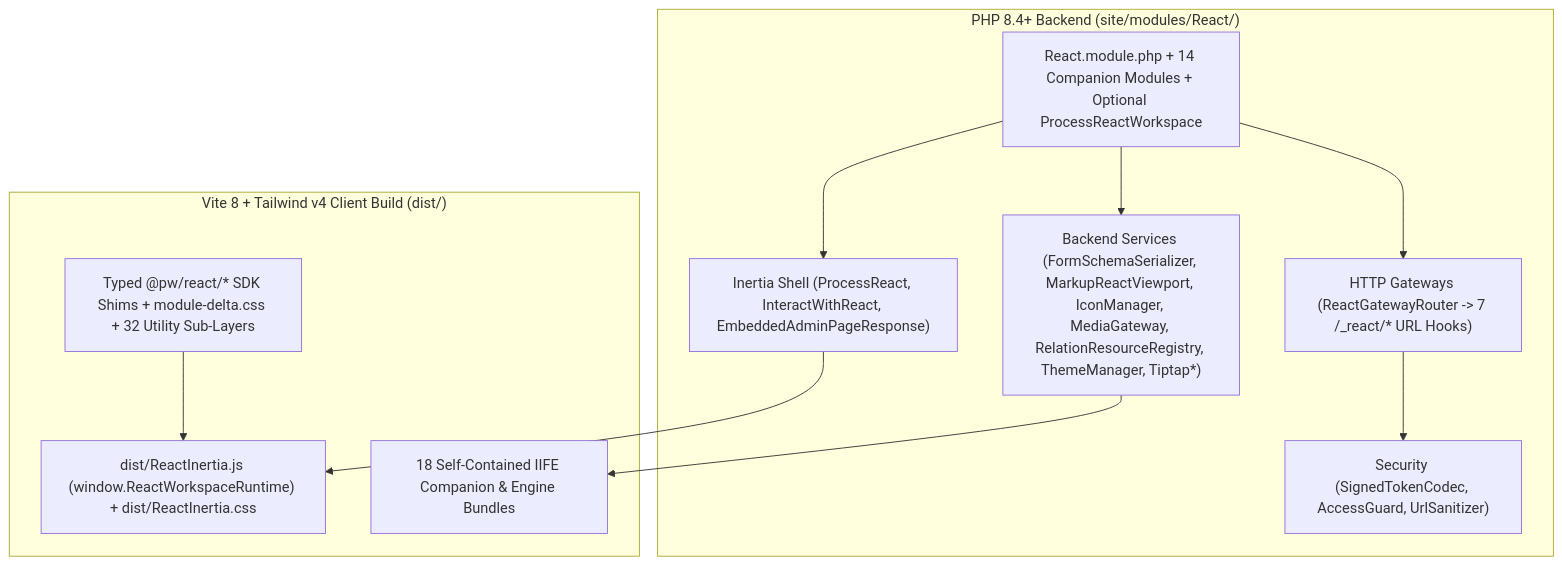
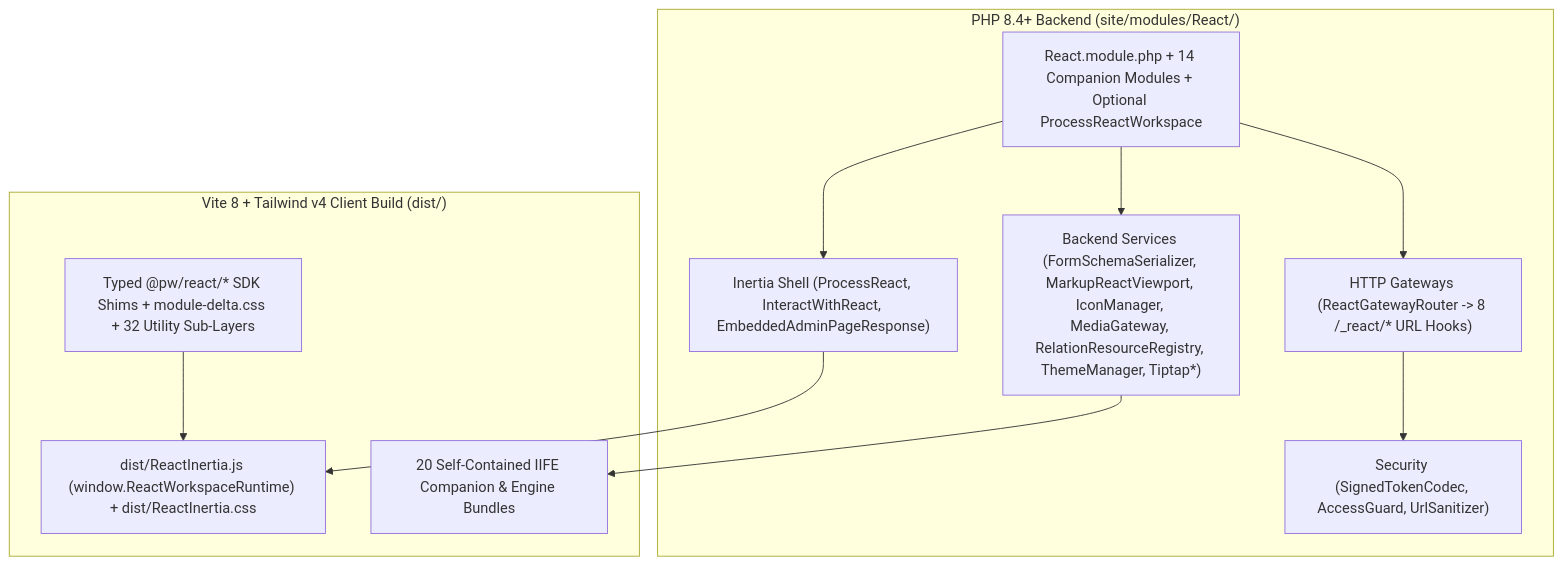
One commit to trk/React changed the second of 3 diagrams in docs/01-architecture.md. Above: the diagram before and after it, drawn with Mermaid. The commit also changed other lines of this file and 10 other files, not shown here.

Commit message:
docs: add architecture overview and update guides, README, API, AGENTS, and pw-react skill

````diff
--- a/docs/01-architecture.md
+++ b/docs/01-architecture.md
@@ -163,24 +163,24 @@
 ```mermaid
 flowchart TD
     subgraph PHP["PHP 8.4+ Backend (site/modules/React/)"]
         MOD["React.module.php + 14 Companion Modules + Optional ProcessReactWorkspace"]
         SHELL["Inertia Shell (ProcessReact, InteractWithReact, EmbeddedAdminPageResponse)"]
-        GW["HTTP Gateways (ReactGatewayRouter -> 7 /_react/* URL Hooks)"]
+        GW["HTTP Gateways (ReactGatewayRouter -> 8 /_react/* URL Hooks)"]
         SEC["Security (SignedTokenCodec, AccessGuard, UrlSanitizer)"]
         ENG["Backend Services (FormSchemaSerializer, MarkupReactViewport, IconManager, MediaGateway, RelationResourceRegistry, ThemeManager, Tiptap*)"]
     end
 
     subgraph BUILD["Vite 8 + Tailwind v4 Client Build (dist/)"]
         COREJS["dist/ReactInertia.js (window.ReactWorkspaceRuntime) + dist/ReactInertia.css"]
-        SUBJS["18 Self-Contained IIFE Companion & Engine Bundles"]
+        SUBJS["20 Self-Contained IIFE Companion & Engine Bundles"]
         SDK["Typed @pw/react/* SDK Shims + module-delta.css + 32 Utility Sub-Layers"]
     end
 
     MOD --> SHELL
     MOD --> GW
     GW --> SEC
     MOD --> ENG
     SHELL --> COREJS
     ENG --> SUBJS
     SDK --> COREJS
 ```
````
